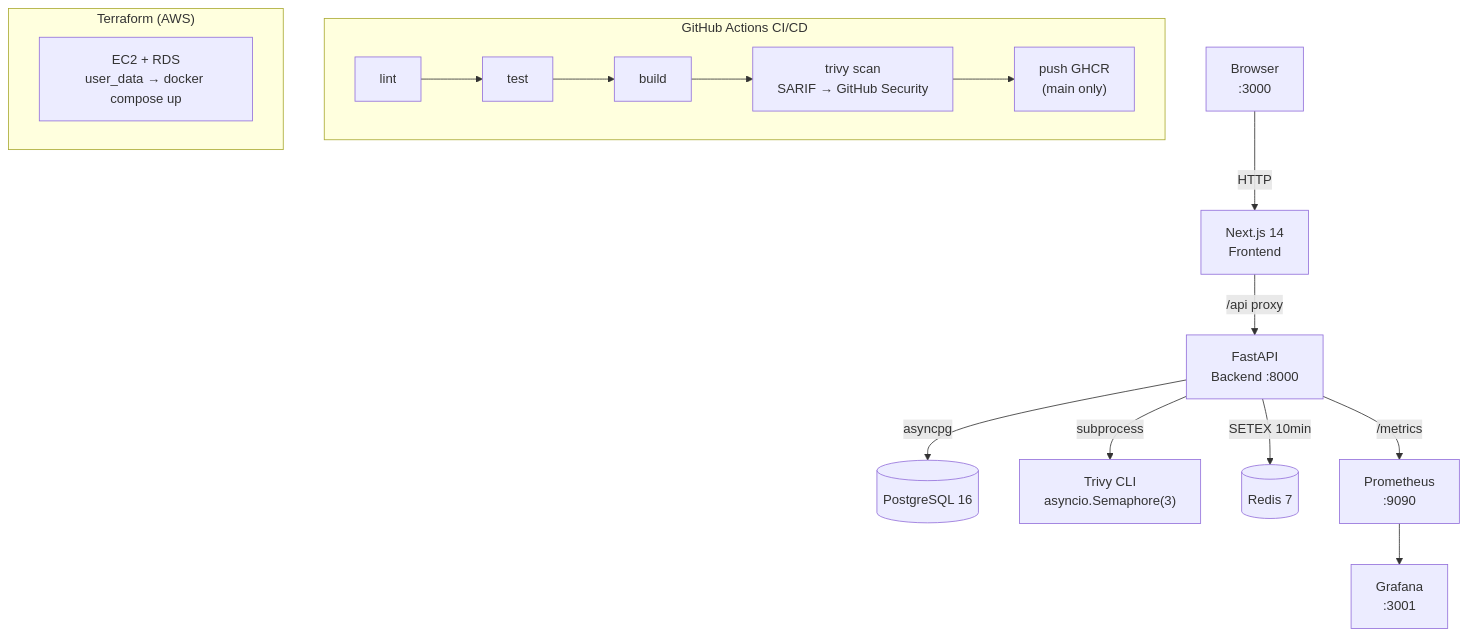
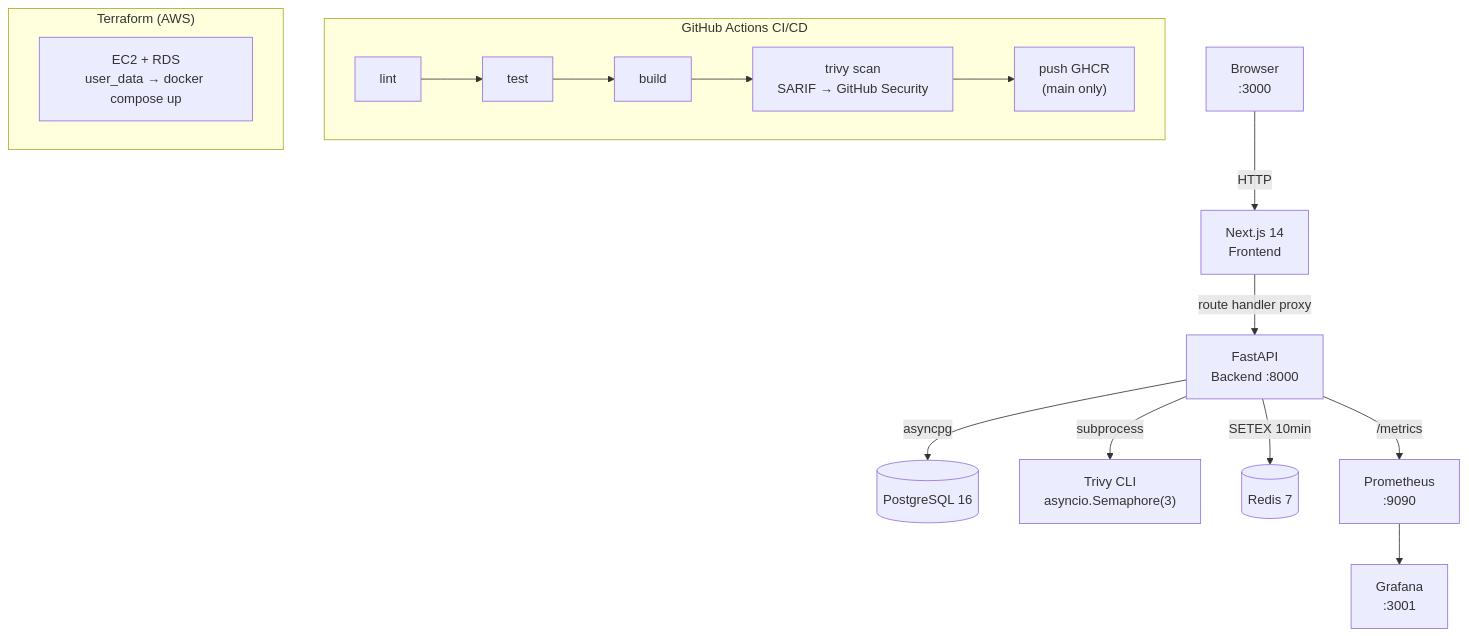
The diagram in README.md (acharlas/DockGuard), drawn with Mermaid before and after one commit. The commit also changed other lines of this file and 10 other files, not shown here.

````diff
--- a/README.md
+++ b/README.md
@@ -12,18 +12,18 @@
 ```mermaid
 graph TD
     Browser["Browser\n:3000"] -->|HTTP| Frontend["Next.js 14\nFrontend"]
-    Frontend -->|/api proxy| Backend["FastAPI\nBackend :8000"]
+    Frontend -->|route handler proxy| Backend["FastAPI\nBackend :8000"]
     Backend -->|asyncpg| DB[(PostgreSQL 16)]
     Backend -->|subprocess| Trivy["Trivy CLI\nasyncio.Semaphore(3)"]
     Backend -->|SETEX 10min| Redis[(Redis 7)]
     Backend -->|/metrics| Prometheus["Prometheus\n:9090"]
     Prometheus --> Grafana["Grafana\n:3001"]
 
     subgraph CI/CD ["GitHub Actions CI/CD"]
         Lint["lint"] --> Test["test"] --> Build["build"] --> Sec["trivy scan\nSARIF → GitHub Security"] --> Push["push GHCR\n(main only)"]
     end
 
     subgraph IaC ["Terraform (AWS)"]
         EC2["EC2 + RDS\nuser_data → docker compose up"]
     end
 ```
````
